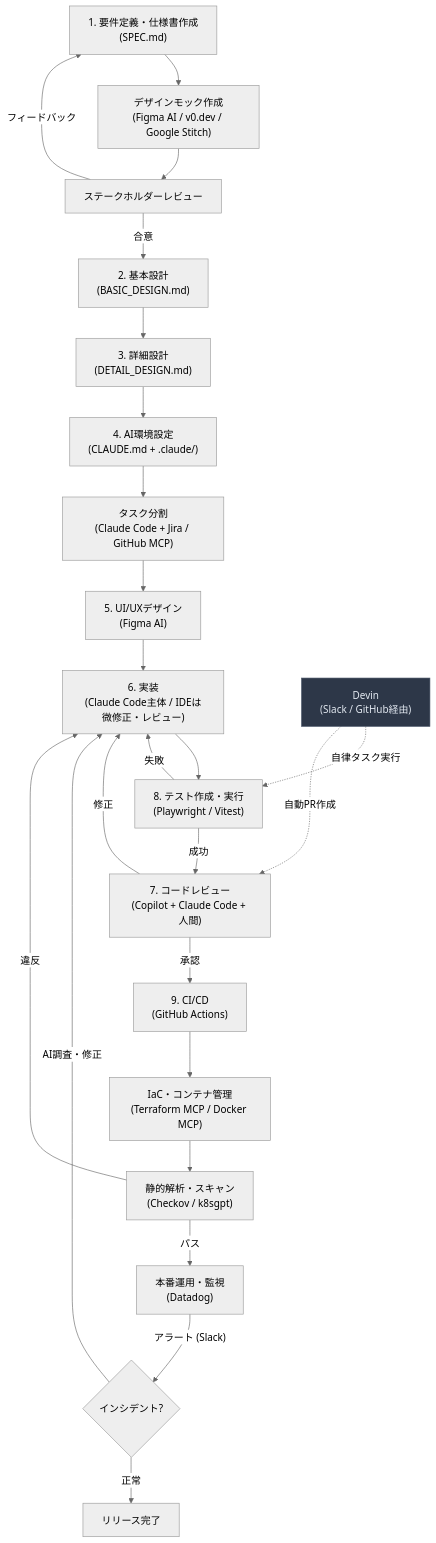
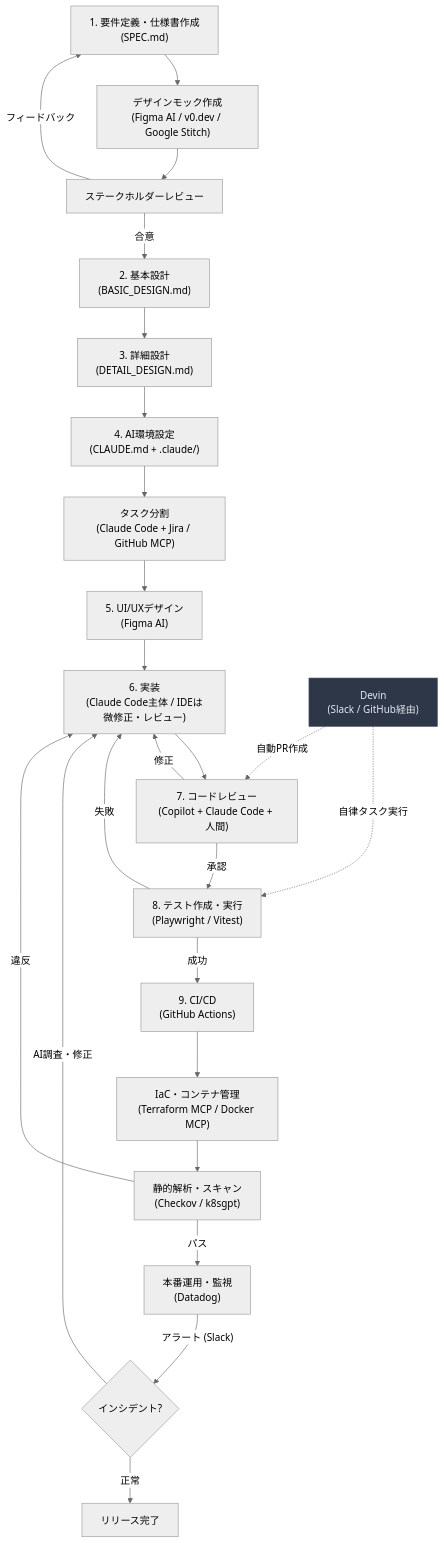
Diagram 11 of 44 in AI駆動開発.md (takuma39/ai), drawn with Mermaid (neutral theme) before and after one commit. The commit also changed other lines of this file, not shown here.

````diff
--- a/AI駆動開発.md
+++ b/AI駆動開発.md
@@ -332,28 +332,28 @@
 ```mermaid
 flowchart TD
     A["1. 要件定義・仕様書作成<br/>(SPEC.md)"] --> M["デザインモック作成<br/>(Figma AI / v0.dev / Google Stitch)"]
     M --> R["ステークホルダーレビュー"]
     R -->|"フィードバック"| A
     R -->|"合意"| B["2. 基本設計<br/>(BASIC_DESIGN.md)"]
     B --> B2["3. 詳細設計<br/>(DETAIL_DESIGN.md)"]
     B2 --> B3["4. AI環境設定<br/>(CLAUDE.md + .claude/)"]
     B3 --> TS["タスク分割<br/>(Claude Code + Jira / GitHub MCP)"]
     TS --> C["5. UI/UXデザイン<br/>(Figma AI)"]
     C --> D["6. 実装<br/>(Claude Code主体 / IDEは微修正・レビュー)"]
-    D --> T["8. テスト作成・実行<br/>(Playwright / Vitest)"]
+    D --> E["7. コードレビュー<br/>(Copilot + Claude Code + 人間)"]
+    E -->|修正| D
+    E -->|承認| T["8. テスト作成・実行<br/>(Playwright / Vitest)"]
     T -->|"失敗"| D
-    T -->|"成功"| E["7. コードレビュー<br/>(Copilot + Claude Code + 人間)"]
-    E -->|修正| D
-    E -->|承認| F["9. CI/CD<br/>(GitHub Actions)"]
+    T -->|"成功"| F["9. CI/CD<br/>(GitHub Actions)"]
     F --> IaC["IaC・コンテナ管理<br/>(Terraform MCP / Docker MCP)"]
     IaC --> Scan["静的解析・スキャン<br/>(Checkov / k8sgpt)"]
     Scan -->|"パス"| G["本番運用・監視<br/>(Datadog)"]
     Scan -->|"違反"| D
     G -->|"アラート (Slack)"| H{"インシデント?"}
     H -->|"AI調査・修正"| D
     H -->|"正常"| I["リリース完了"]
 
     D2["Devin<br/>(Slack / GitHub経由)"] -.->|"自律タスク実行"| T
     D2 -.->|"自動PR作成"| E
     style D2 fill:#2d3748,stroke:#4a5568,color:#e2e8f0
 ```
````
